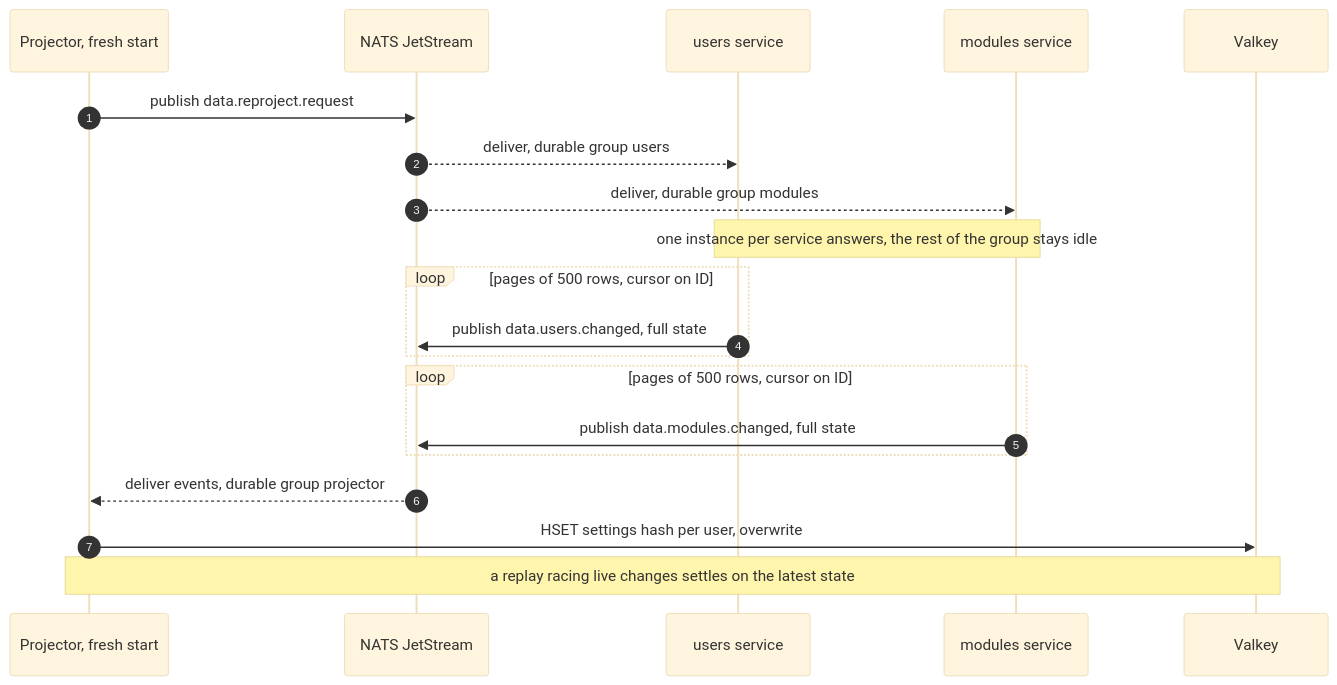
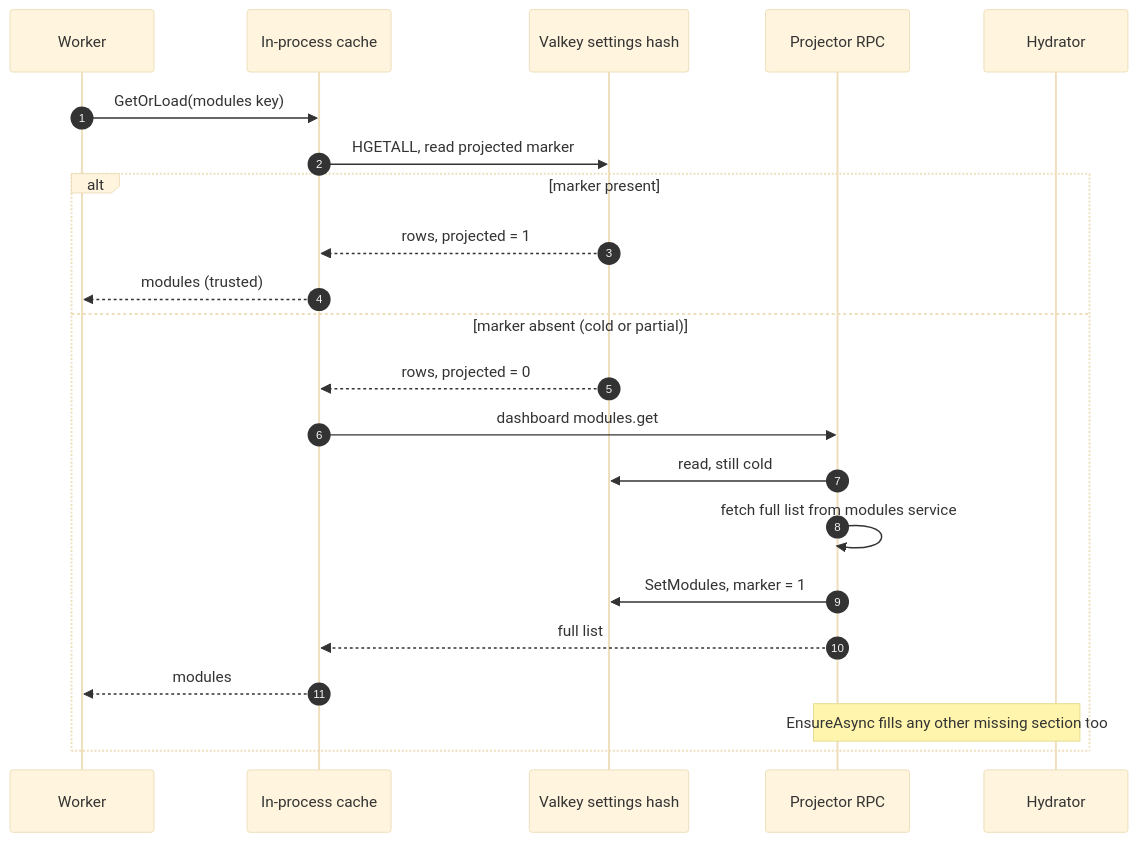
One commit to AdamOusmer/ItsBagelBot changed the first of 2 diagrams in docs/src/content/docs/data-and-state/projection.md. Above: the diagram before and after it, drawn with Mermaid (base theme). The commit also changed other lines of this file and 27 other files, not shown here.

````diff
--- a/docs/src/content/docs/data-and-state/projection.md
+++ b/docs/src/content/docs/data-and-state/projection.md
@@ -48,23 +79,25 @@
 ```mermaid
 sequenceDiagram
     autonumber
-    participant P as Projector, fresh start
-    participant N as NATS JetStream
-    participant U as users service
-    participant M as modules service
-    participant V as Valkey
+    participant W as Worker
+    participant C as In-process cache
+    participant V as Valkey settings hash
+    participant P as Projector RPC
+    participant H as Hydrator
 
-    P->>N: publish data.reproject.request
-    N-->>U: deliver, durable group users
-    N-->>M: deliver, durable group modules
-    Note over U,M: one instance per service answers, the rest of the group stays idle
-    loop pages of 500 rows, cursor on ID
-        U->>N: publish data.users.changed, full state
+    W->>C: GetOrLoad(modules key)
+    C->>V: HGETALL, read projected marker
+    alt marker present
+        V-->>C: rows, projected = 1
+        C-->>W: modules (trusted)
+    else marker absent (cold or partial)
+        V-->>C: rows, projected = 0
+        C->>P: dashboard modules.get
+        P->>V: read, still cold
+        P->>P: fetch full list from modules service
+        P->>V: SetModules, marker = 1
+        P-->>C: full list
+        C-->>W: modules
+        Note over P,H: EnsureAsync fills any other missing section too
     end
-    loop pages of 500 rows, cursor on ID
-        M->>N: publish data.modules.changed, full state
-    end
-    N-->>P: deliver events, durable group projector
-    P->>V: HSET settings hash per user, overwrite
-    Note over P,V: a replay racing live changes settles on the latest state
 ```
````
